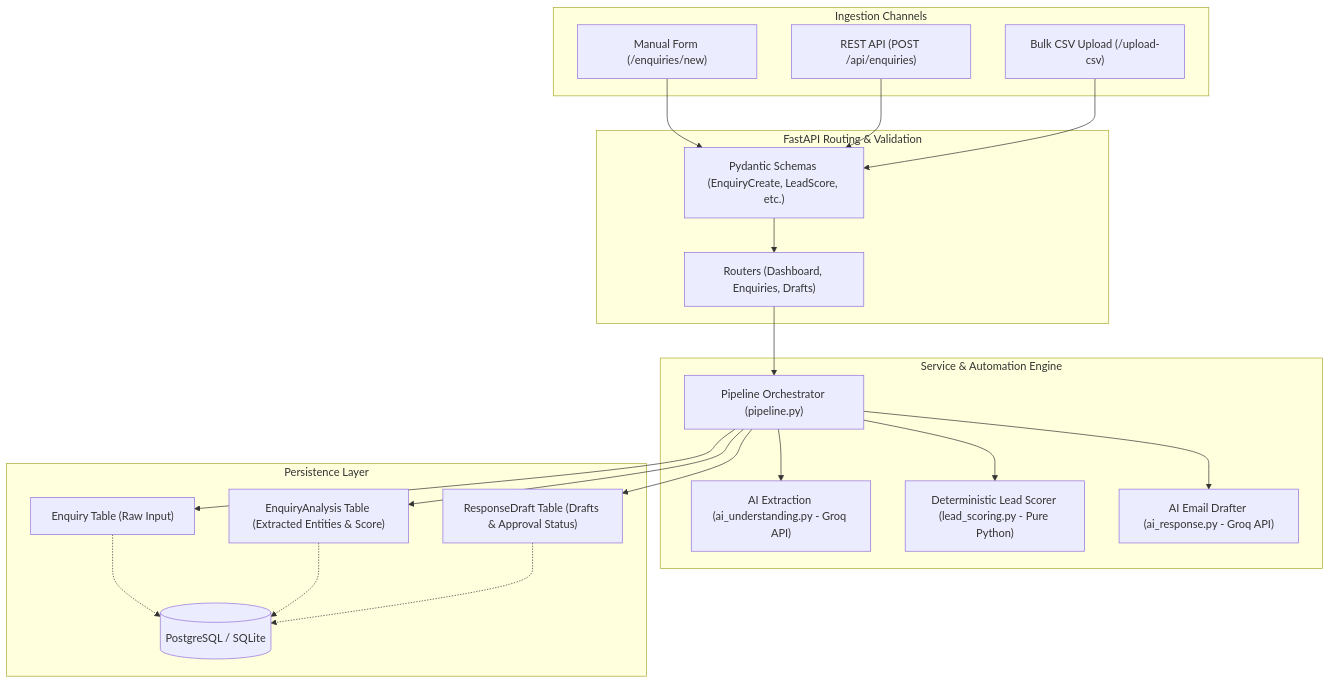
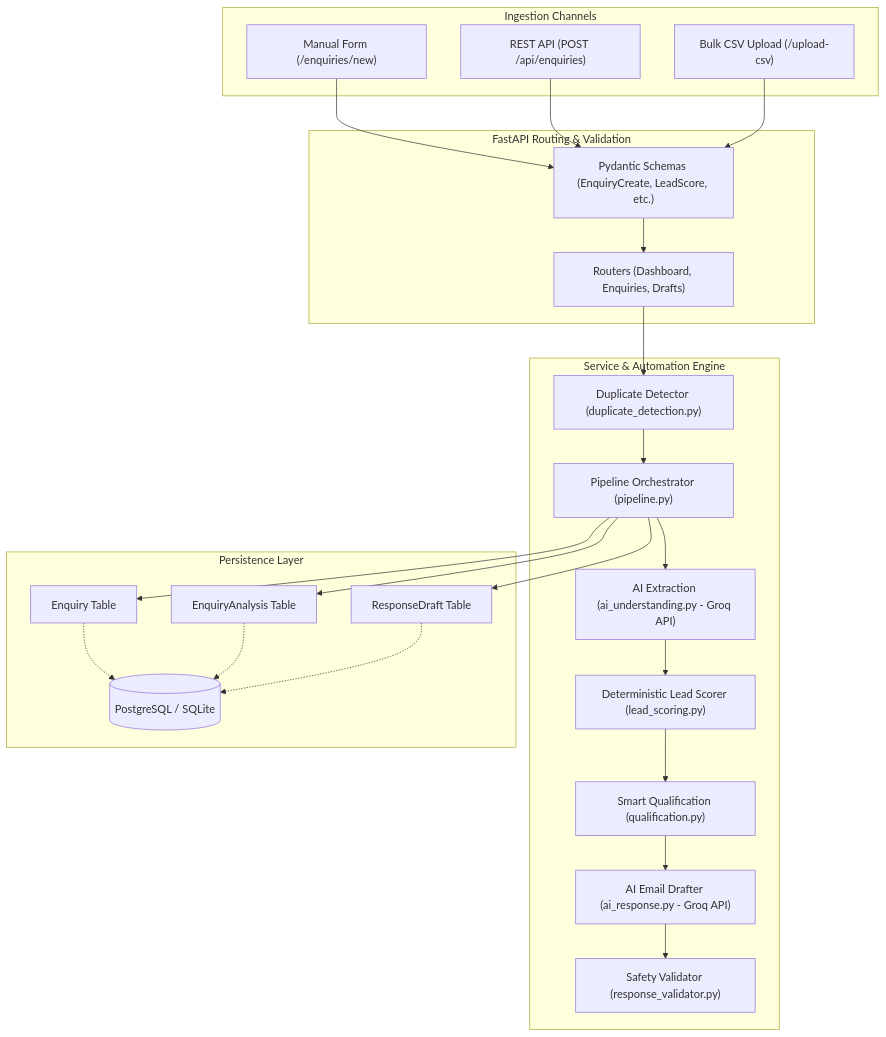
The first of 3 diagrams in README.md (niranjansakthi/AI_enquiry_system), drawn with Mermaid before and after one commit. The commit also changed other lines of this file and 23 other files, not shown here.

````diff
--- a/README.md
+++ b/README.md
@@ -29,36 +37,39 @@
 ```mermaid
 flowchart TD
     subgraph Ingestion["Ingestion Channels"]
         A1["Manual Form (/enquiries/new)"]
         A2["REST API (POST /api/enquiries)"]
         A3["Bulk CSV Upload (/upload-csv)"]
     end
 
     subgraph API["FastAPI Routing & Validation"]
         B1["Pydantic Schemas (EnquiryCreate, LeadScore, etc.)"]
         B2["Routers (Dashboard, Enquiries, Drafts)"]
     end
 
     subgraph Engine["Service & Automation Engine"]
+        C0["Duplicate Detector (duplicate_detection.py)"]
         C1["Pipeline Orchestrator (pipeline.py)"]
         C2["AI Extraction (ai_understanding.py - Groq API)"]
-        C3["Deterministic Lead Scorer (lead_scoring.py - Pure Python)"]
-        C4["AI Email Drafter (ai_response.py - Groq API)"]
+        C3["Deterministic Lead Scorer (lead_scoring.py)"]
+        C4["Smart Qualification (qualification.py)"]
+        C5["AI Email Drafter (ai_response.py - Groq API)"]
+        C6["Safety Validator (response_validator.py)"]
     end
 
     subgraph Storage["Persistence Layer"]
         D1[("PostgreSQL / SQLite")]
-        D2["Enquiry Table (Raw Input)"]
-        D3["EnquiryAnalysis Table (Extracted Entities & Score)"]
-        D4["ResponseDraft Table (Drafts & Approval Status)"]
+        D2["Enquiry Table"]
+        D3["EnquiryAnalysis Table"]
+        D4["ResponseDraft Table"]
     end
 
     A1 & A2 & A3 --> B1
     B1 --> B2
-    B2 --> C1
-    C1 --> C2
-    C1 --> C3
-    C1 --> C4
+    B2 --> C0
+    C0 --> C1
+    C1 --> C2 --> C3 --> C4
+    C4 --> C5 --> C6
     C1 --> D2 & D3 & D4
     D2 & D3 & D4 -.-> D1
 ```
````
